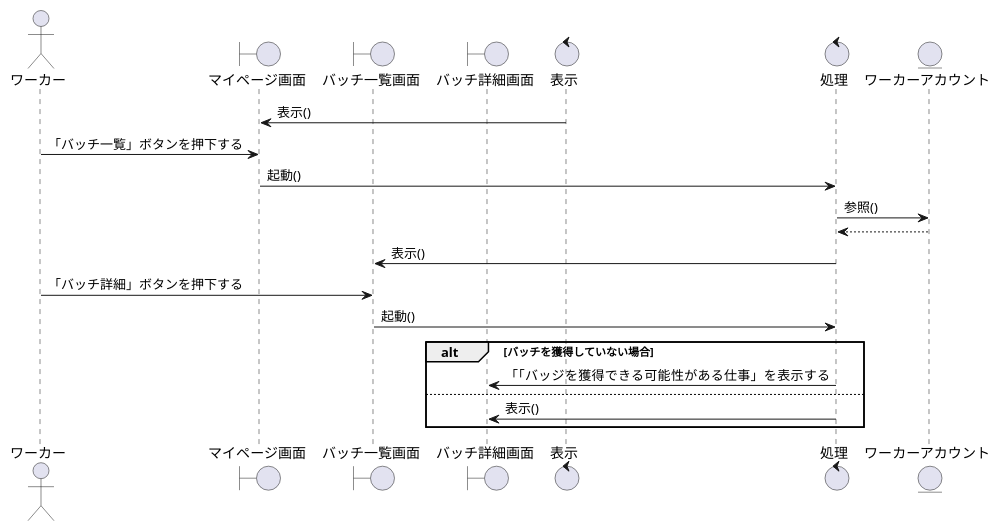
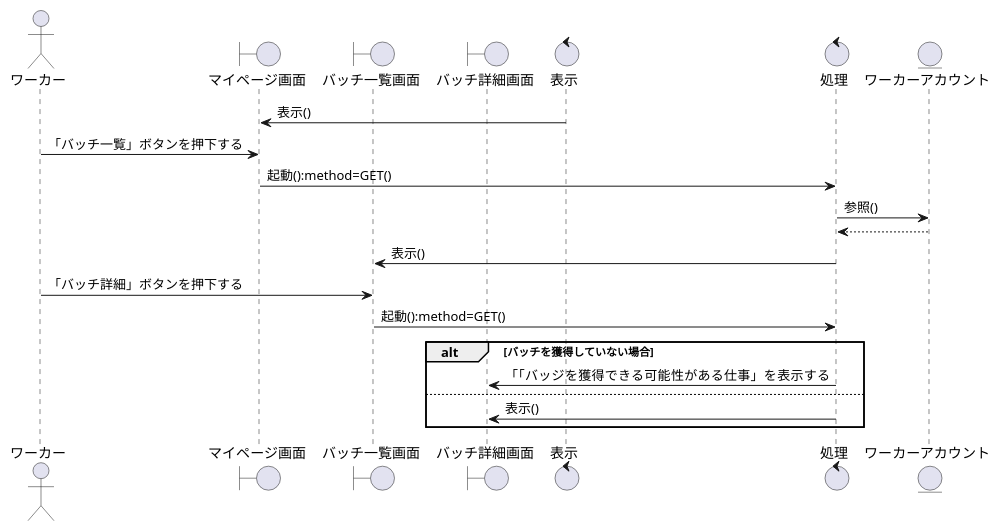
Before and after one commit to irukacb256/high_Me: the diagram in sequence_fig/7_acconts_fn/08_バッチ一覧を閲覧する.pu, drawn with PlantUML. The commit also changed 13 other files, not shown here.

```diff
--- a/sequence_fig/7_acconts_fn/08_バッチ一覧を閲覧する.pu
+++ b/sequence_fig/7_acconts_fn/08_バッチ一覧を閲覧する.pu
@@ -1,33 +1,33 @@
 @startuml バッチ一覧を閲覧する
 
 actor ワーカー as wo1
 
 boundary マイページ画面 as bo1
 boundary バッチ一覧画面 as bo2
 boundary バッチ詳細画面 as bo3
 
 control 表示 as co1
 control 処理 as co2
 
 entity ワーカーアカウント as en1
 
 co1 -> bo1:表示()
 wo1 -> bo1:「バッチ一覧」ボタンを押下する
-bo1 -> co2:起動()
+bo1 -> co2:起動():method=GET()
 co2 -> en1:参照()
 en1 --> co2
 
 co2 -> bo2:表示()
 
 wo1 -> bo2:「バッチ詳細」ボタンを押下する
-bo2 -> co2:起動()
+bo2 -> co2:起動():method=GET()
 
 alt バッチを獲得していない場合
     co2 -> bo3:「「バッジを獲得できる可能性がある仕事」を表示する
 
 else
     co2 -> bo3:表示()
     
 end
 
 @enduml
```
